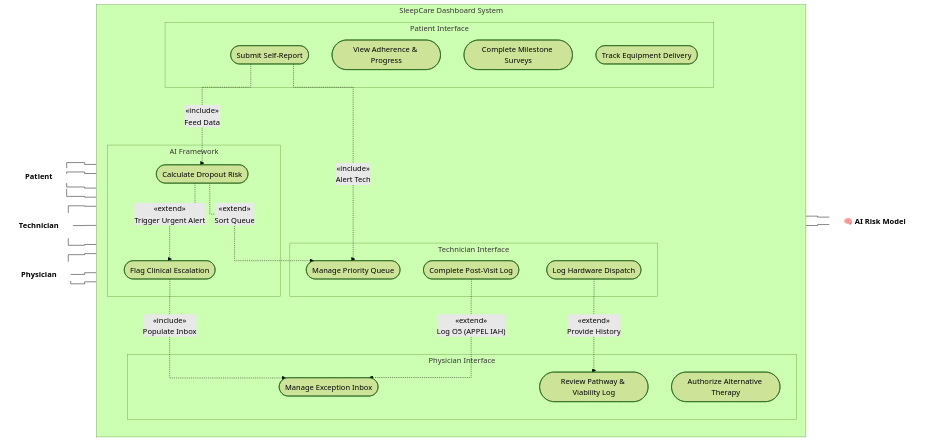
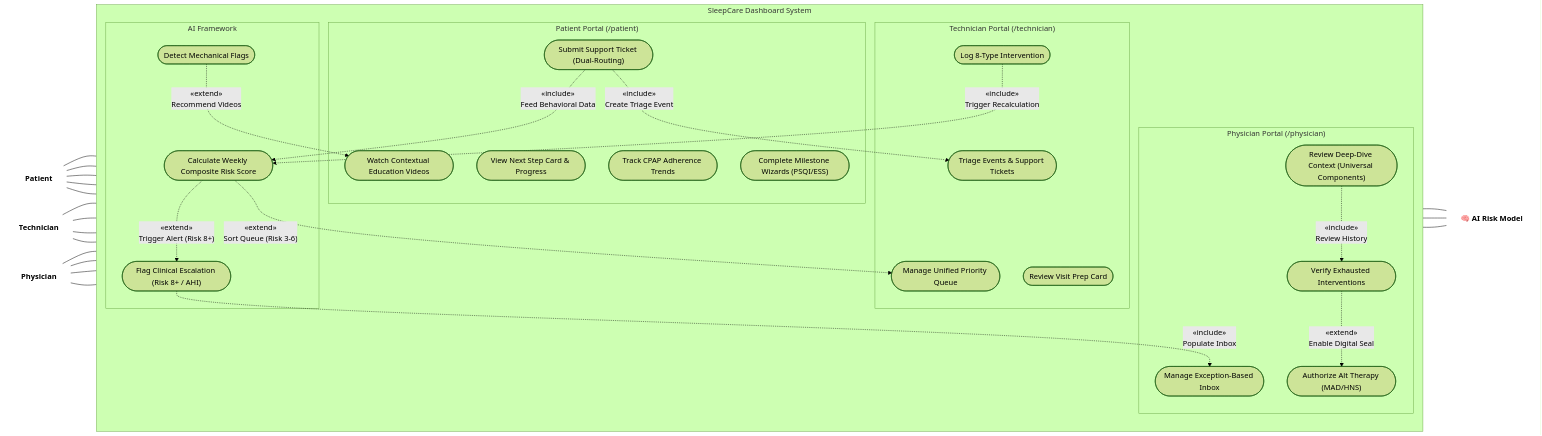
One commit to MOEEZ5922/internship changed the second of 2 diagrams in Dashboarding/Mermaid_UseCase_Diagram.md. Above: the diagram before and after it, drawn with Mermaid (forest theme). The commit also changed other lines of this file and 236 other files, not shown here.

````diff
--- a/Dashboarding/Mermaid_UseCase_Diagram.md
+++ b/Dashboarding/Mermaid_UseCase_Diagram.md
@@ -71,66 +97,78 @@
 ```mermaid
-%%{init: {'flowchart': {'curve': 'stepBefore'}}}%%
+%%{init: {'flowchart': {'curve': 'basis'}}}%%
 flowchart LR
     Patient["Patient"]
     Tech["Technician"]
     Physician["Physician"]
     AI["🧠 AI Risk Model"]
 
     classDef actor fill:none,stroke:none,text-align:center,font-weight:bold;
     class Patient,Tech,Physician,AI actor;
 
     subgraph SleepCare["SleepCare Dashboard System"]
         direction TB
         
-        subgraph Pat_UI["Patient Interface"]
-            UC_Adherence(["View Adherence & Progress"])
-            UC_Milestone(["Complete Milestone Surveys"])
-            UC_Report(["Submit Self-Report"])
-            UC_Track(["Track Equipment Delivery"])
+        subgraph Pat_UI["Patient Portal (/patient)"]
+            UC_NextStep(["View Next Step Card & Progress"])
+            UC_Adherence(["Track CPAP Adherence Trends"])
+            UC_Milestone(["Complete Milestone Wizards (PSQI/ESS)"])
+            UC_Video(["Watch Contextual Education Videos"])
+            UC_Report(["Submit Support Ticket (Dual-Routing)"])
         end
         
-        subgraph Tech_UI["Technician Interface"]
-            UC_Queue(["Manage Priority Queue"])
-            UC_Dispatch(["Log Hardware Dispatch"])
-            UC_VisitLog(["Complete Post-Visit Log"])
+        subgraph Tech_UI["Technician Portal (/technician)"]
+            UC_Queue(["Manage Unified Priority Queue"])
+            UC_Triage(["Triage Events & Support Tickets"])
+            UC_Prep(["Review Visit Prep Card"])
+            UC_Intervention(["Log 8-Type Intervention"])
         end
 
-        subgraph Doc_UI["Physician Interface"]
-            UC_Inbox(["Manage Exception Inbox"])
-            UC_Pathway(["Review Pathway & Viability Log"])
-            UC_Auth(["Authorize Alternative Therapy"])
+        subgraph Doc_UI["Physician Portal (/physician)"]
+            UC_Inbox(["Manage Exception-Based Inbox"])
+            UC_DeepDive(["Review Deep-Dive Context (Universal Components)"])
+            UC_VerifyInt(["Verify Exhausted Interventions"])
+            UC_Auth(["Authorize Alt Therapy (MAD/HNS)"])
         end
 
         subgraph AI_UI["AI Framework"]
-            UC_CalcRisk(["Calculate Dropout Risk"])
-            UC_FlagEsc(["Flag Clinical Escalation"])
+            UC_CalcRisk(["Calculate Weekly Composite Risk Score"])
+            UC_DetectMech(["Detect Mechanical Flags"])
+            UC_FlagEsc(["Flag Clinical Escalation (Risk 8+ / AHI)"])
         end
     end
 
+    Patient --- UC_NextStep
     Patient --- UC_Adherence
     Patient --- UC_Milestone
+    Patient --- UC_Video
     Patient --- UC_Report
-    Patient --- UC_Track
 
     Tech --- UC_Queue
-    Tech --- UC_Dispatch
-    Tech --- UC_VisitLog
+    Tech --- UC_Triage
+    Tech --- UC_Prep
+    Tech --- UC_Intervention
 
     Physician --- UC_Inbox
-    Physician --- UC_Pathway
+    Physician --- UC_DeepDive
+    Physician --- UC_VerifyInt
     Physician --- UC_Auth
 
     UC_CalcRisk --- AI
+    UC_DetectMech --- AI
     UC_FlagEsc --- AI
 
-    UC_Report -. "&laquo;include&raquo;<br/>Alert Tech" .-> UC_Queue
-    UC_Report -. "&laquo;include&raquo;<br/>Feed Data" .-> UC_CalcRisk
+    UC_Report -. "&laquo;include&raquo;<br/>Create Triage Event" .-> UC_Triage
+    UC_Report -. "&laquo;include&raquo;<br/>Feed Behavioral Data" .-> UC_CalcRisk
     
-    UC_CalcRisk -. "&laquo;extend&raquo;<br/>Sort Queue" .-> UC_Queue
-    UC_CalcRisk -. "&laquo;extend&raquo;<br/>Trigger Urgent Alert" .-> UC_FlagEsc
+    UC_DetectMech -. "&laquo;extend&raquo;<br/>Recommend Videos" .-> UC_Video
+    
+    UC_CalcRisk -. "&laquo;extend&raquo;<br/>Sort Queue (Risk 3-6)" .-> UC_Queue
+    UC_CalcRisk -. "&laquo;extend&raquo;<br/>Trigger Alert (Risk 8+)" .-> UC_FlagEsc
     
     UC_FlagEsc -. "&laquo;include&raquo;<br/>Populate Inbox" .-> UC_Inbox
     
-    UC_Dispatch -. "&laquo;extend&raquo;<br/>Provide History" .-> UC_Pathway
-    UC_VisitLog -. "&laquo;extend&raquo;<br/>Log O5 (APPEL IAH)" .-> UC_Inbox
+    UC_Intervention -. "&laquo;include&raquo;<br/>Trigger Recalculation" .-> UC_CalcRisk
+    
+    UC_DeepDive -. "&laquo;include&raquo;<br/>Review History" .-> UC_VerifyInt
+    UC_VerifyInt -. "&laquo;extend&raquo;<br/>Enable Digital Seal" .-> UC_Auth
 ```
````
